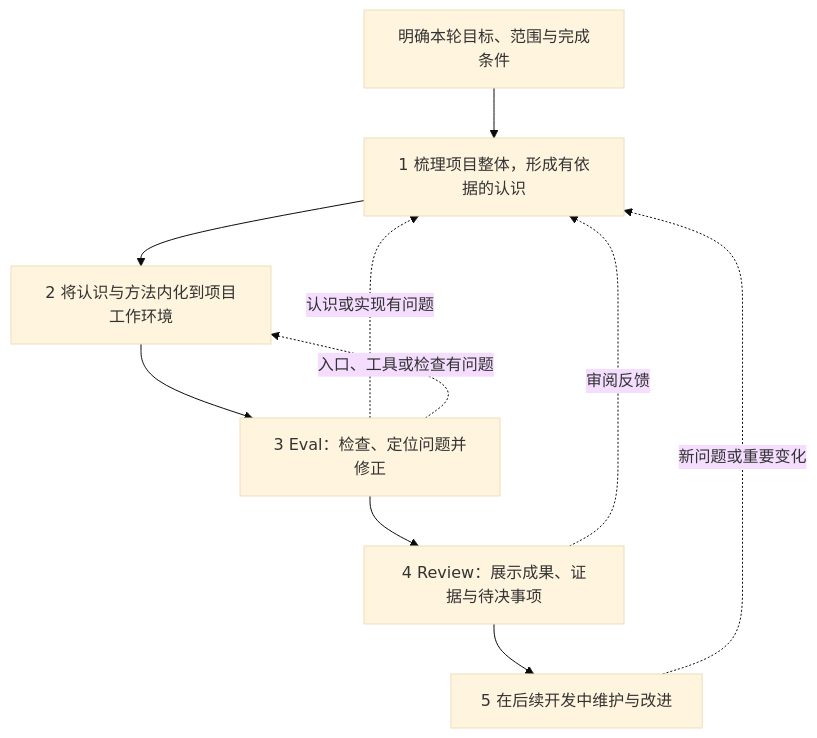
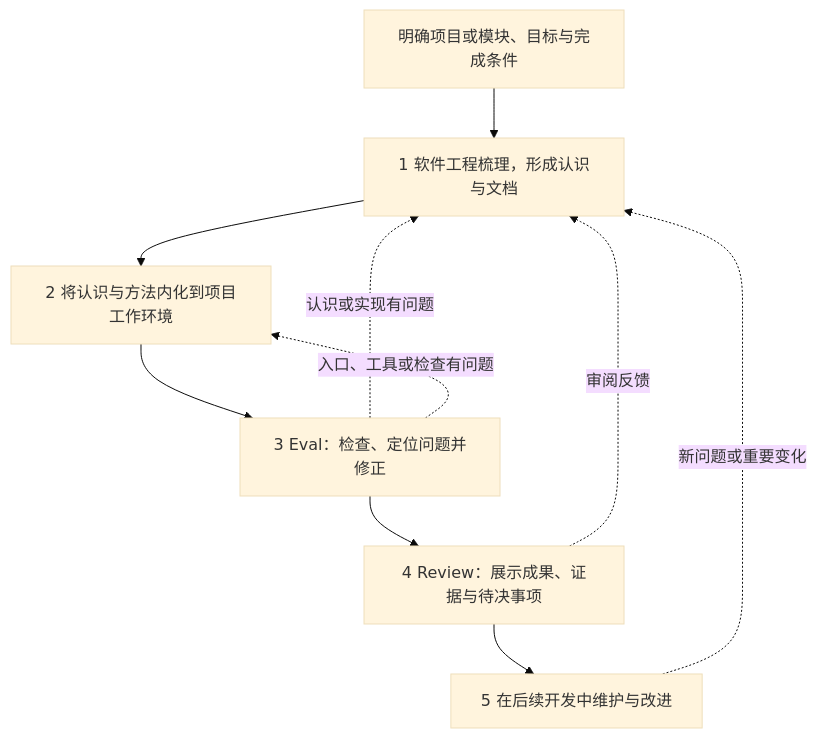
One commit to Super-DDD/daiyu-personal-skills changed the diagram in history/thought-to-skill/AI-native项目改造流程-梳理稿.md. Above: the diagram before and after it, drawn with Mermaid (base theme). The commit also changed other lines of this file, not shown here.

````diff
--- a/history/thought-to-skill/AI-native项目改造流程-梳理稿.md
+++ b/history/thought-to-skill/AI-native项目改造流程-梳理稿.md
@@ -65,12 +75,12 @@
 ```mermaid
 flowchart TD
-    A["明确本轮目标、范围与完成条件"] --> B["1 梳理项目整体，形成有依据的认识"]
+    A["明确项目或模块、目标与完成条件"] --> B["1 软件工程梳理，形成认识与文档"]
     B --> C["2 将认识与方法内化到项目工作环境"]
     C --> D["3 Eval：检查、定位问题并修正"]
     D --> E["4 Review：展示成果、证据与待决事项"]
     E --> F["5 在后续开发中维护与改进"]
     D -.->|"认识或实现有问题"| B
     D -.->|"入口、工具或检查有问题"| C
     E -.->|"审阅反馈"| B
     F -.->|"新问题或重要变化"| B
 ```
````
